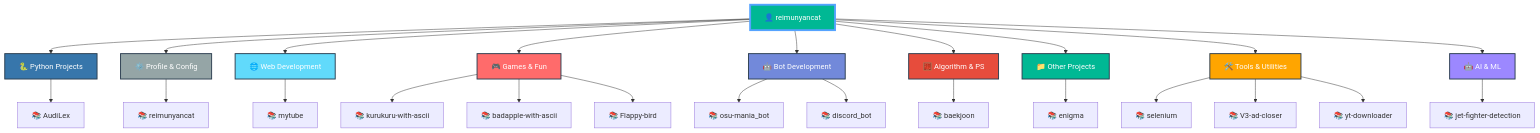
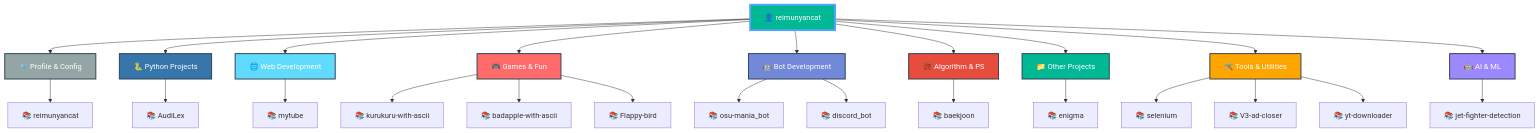
One commit to reimunyancat/reimunyancat changed the diagram in README.md. Above: the diagram before and after it, drawn with Mermaid.

Commit message:
🤖 Auto-update README with latest repositories

````diff
--- a/README.md
+++ b/README.md
@@ -159,47 +159,47 @@
 ```mermaid
 graph TD
   A[👤 reimunyancat]
 
-  A --> CAT0[🐍 Python Projects]
-  CAT0 --> CAT0_0[📚 AudiLex]
+  A --> CAT0[⚙️ Profile & Config]
+  CAT0 --> CAT0_0[📚 reimunyancat]
 
-  A --> CAT1[⚙️ Profile & Config]
-  CAT1 --> CAT1_0[📚 reimunyancat]
+  A --> CAT1[🐍 Python Projects]
+  CAT1 --> CAT1_0[📚 AudiLex]
 
   A --> CAT2[🌐 Web Development]
   CAT2 --> CAT2_0[📚 mytube]
 
   A --> CAT3[🎮 Games & Fun]
   CAT3 --> CAT3_0[📚 kurukuru-with-ascii]
   CAT3 --> CAT3_1[📚 badapple-with-ascii]
   CAT3 --> CAT3_2[📚 Flappy-bird]
 
   A --> CAT4[🤖 Bot Development]
   CAT4 --> CAT4_0[📚 osu-mania_bot]
   CAT4 --> CAT4_1[📚 discord_bot]
 
   A --> CAT5[🧮 Algorithm & PS]
   CAT5 --> CAT5_0[📚 baekjoon]
 
   A --> CAT6[📁 Other Projects]
   CAT6 --> CAT6_0[📚 enigma]
 
   A --> CAT7[🛠️ Tools & Utilities]
   CAT7 --> CAT7_0[📚 selenium]
   CAT7 --> CAT7_1[📚 V3-ad-closer]
   CAT7 --> CAT7_2[📚 yt-downloader]
 
   A --> CAT8[🤖 AI & ML]
   CAT8 --> CAT8_0[📚 jet-fighter-detection]
 
   style A fill:#00b894,stroke:#55a3ff,stroke-width:4px,color:#fff
-  style CAT0 fill:#3776ab,stroke:#2c3e50,stroke-width:2px,color:#fff
-  style CAT1 fill:#95a5a6,stroke:#2c3e50,stroke-width:2px,color:#fff
+  style CAT0 fill:#95a5a6,stroke:#2c3e50,stroke-width:2px,color:#fff
+  style CAT1 fill:#3776ab,stroke:#2c3e50,stroke-width:2px,color:#fff
   style CAT2 fill:#61dafb,stroke:#2c3e50,stroke-width:2px,color:#fff
   style CAT3 fill:#ff6b6b,stroke:#2c3e50,stroke-width:2px,color:#fff
   style CAT4 fill:#7289da,stroke:#2c3e50,stroke-width:2px,color:#fff
   style CAT5 fill:#e74c3c,stroke:#2c3e50,stroke-width:2px,color:#fff
   style CAT6 fill:#00b894,stroke:#2c3e50,stroke-width:2px,color:#fff
   style CAT7 fill:#ffa500,stroke:#2c3e50,stroke-width:2px,color:#fff
   style CAT8 fill:#9c88ff,stroke:#2c3e50,stroke-width:2px,color:#fff
 ```
````
